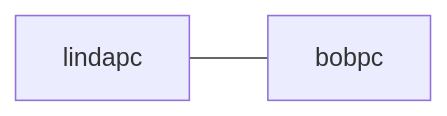
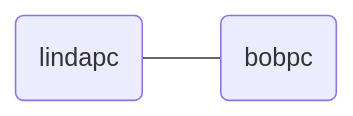
One commit to CapnCheapo/open-network-labs changed the diagram in labs/fundamentals/basic-connectivity/configuration/before/README.md. Above: the diagram before and after it, drawn with Mermaid.

````diff
--- a/labs/fundamentals/basic-connectivity/configuration/before/README.md
+++ b/labs/fundamentals/basic-connectivity/configuration/before/README.md
@@ -24,4 +24,9 @@
 ```mermaid
 graph LR
-  lindapc---bobpc
+  lindapc(lindapc)
+  bobpc(bobpc)
+
+  lindapc --- bobpc
+
+  class lindapc,bobpc host
 ```
````
